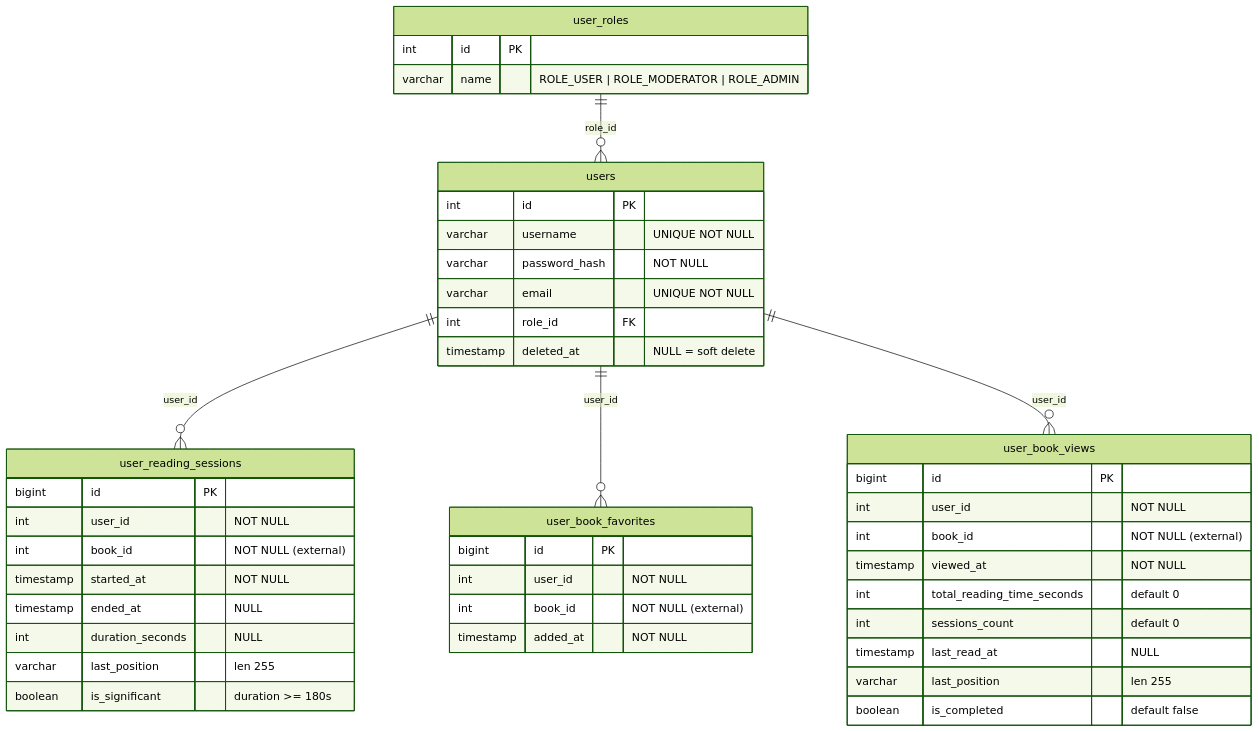
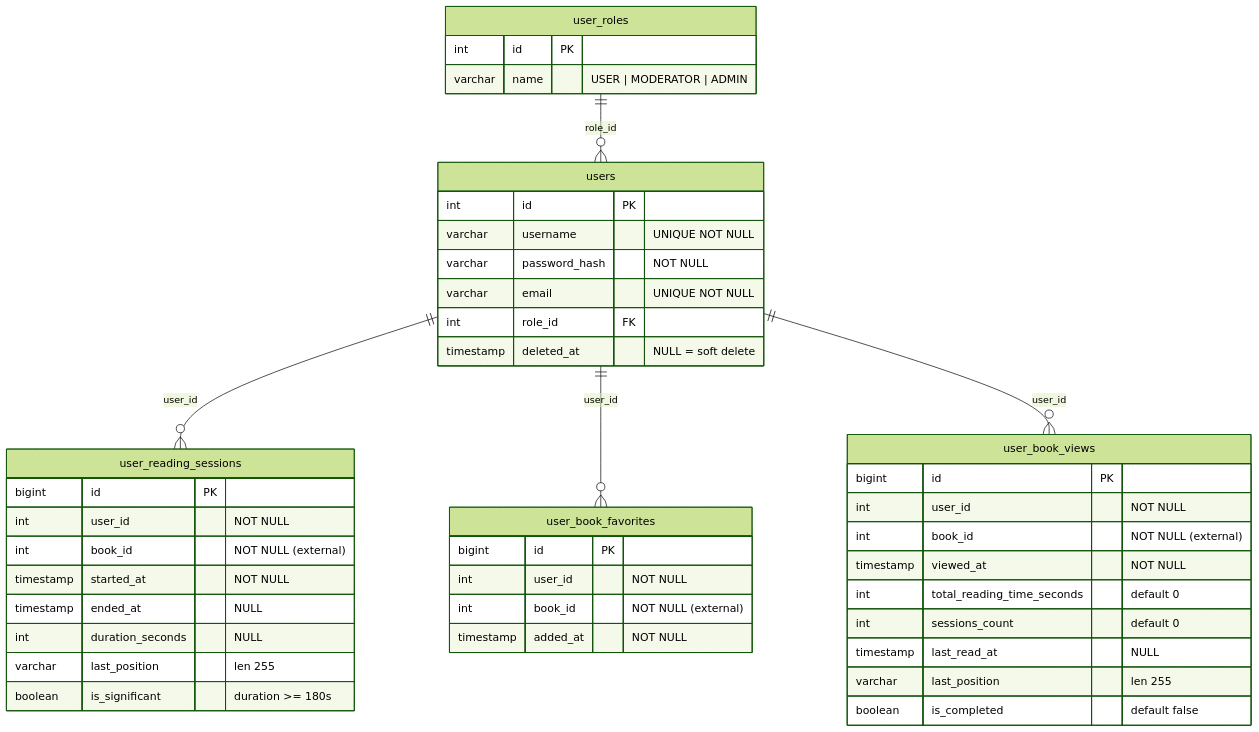
The first of 5 diagrams in docs/DATABASE.md (Pavel-Skibin/DigitalLibrary), drawn with Mermaid (forest theme) before and after one commit. The commit also changed other lines of this file and 21 other files, not shown here.

````diff
--- a/docs/DATABASE.md
+++ b/docs/DATABASE.md
@@ -10,47 +10,47 @@
 ```mermaid
 erDiagram
     user_roles {
         int id PK
-        varchar name "ROLE_USER | ROLE_MODERATOR | ROLE_ADMIN"
+        varchar name "USER | MODERATOR | ADMIN"
     }
     users {
         int id PK
         varchar username "UNIQUE NOT NULL"
         varchar password_hash "NOT NULL"
         varchar email "UNIQUE NOT NULL"
         int role_id FK
         timestamp deleted_at "NULL = soft delete"
     }
     user_reading_sessions {
         bigint id PK
         int user_id "NOT NULL"
         int book_id "NOT NULL (external)"
         timestamp started_at "NOT NULL"
         timestamp ended_at "NULL"
         int duration_seconds "NULL"
         varchar last_position "len 255"
         boolean is_significant "duration >= 180s"
     }
     user_book_favorites {
         bigint id PK
         int user_id "NOT NULL"
         int book_id "NOT NULL (external)"
         timestamp added_at "NOT NULL"
     }
     user_book_views {
         bigint id PK
         int user_id "NOT NULL"
         int book_id "NOT NULL (external)"
         timestamp viewed_at "NOT NULL"
         int total_reading_time_seconds "default 0"
         int sessions_count "default 0"
         timestamp last_read_at "NULL"
         varchar last_position "len 255"
         boolean is_completed "default false"
     }
 
     user_roles ||--o{ users : "role_id"
     users ||--o{ user_reading_sessions : "user_id"
     users ||--o{ user_book_favorites : "user_id"
     users ||--o{ user_book_views : "user_id"
 ```
````
